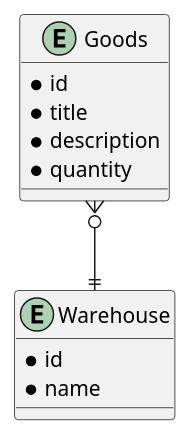
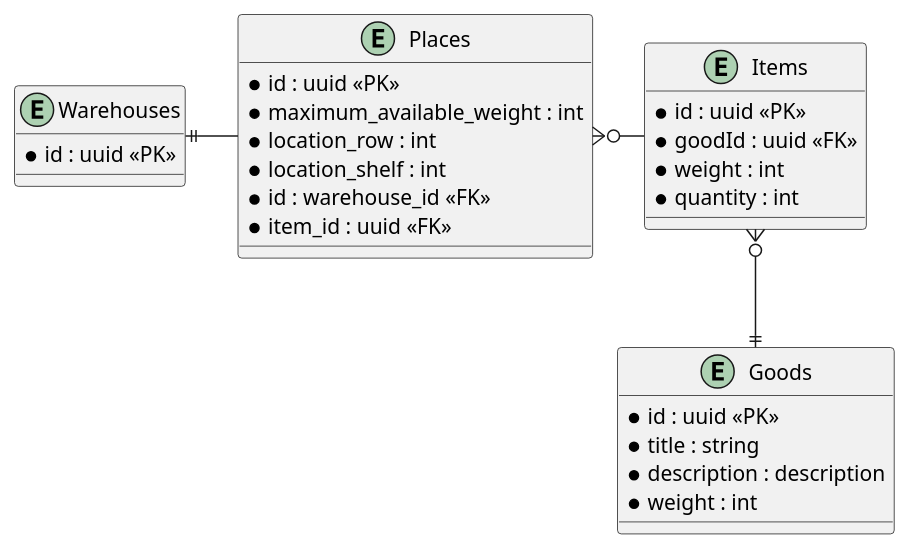
One commit to gerzhan/knigaexpert-system-design changed the fourth of 5 diagrams in services/warehouse/README.md. Above: the diagram before and after it, drawn with PlantUML.

````diff
--- a/services/warehouse/README.md
+++ b/services/warehouse/README.md
@@ -139,13 +139,32 @@
 ```plantuml
+entity Warehouses {
+  * id : uuid <<PK>>
+}
+
+entity Places {
+  * id : uuid <<PK>>
+  * maximum_available_weight : int
+  * location_row : int
+  * location_shelf : int
+  * id : warehouse_id <<FK>>
+  * item_id : uuid <<FK>>
+}
+
+entity Items {
+  * id : uuid <<PK>>
+  * goodId : uuid <<FK>>
+  * weight : int
+  * quantity : int
+}
+
 entity Goods {
-  * id
-  * title
-  * description
-  * quantity
+  * id : uuid <<PK>>
+  * title : string
+  * description : description
+  * weight : int
 }
-entity Warehouse {
-  * id
-  * name
-}
-Goods }o--|| Warehouse
+
+Warehouses ||-  Places
+Places }o- Items
+Items }o--|| Goods
 ```
````
